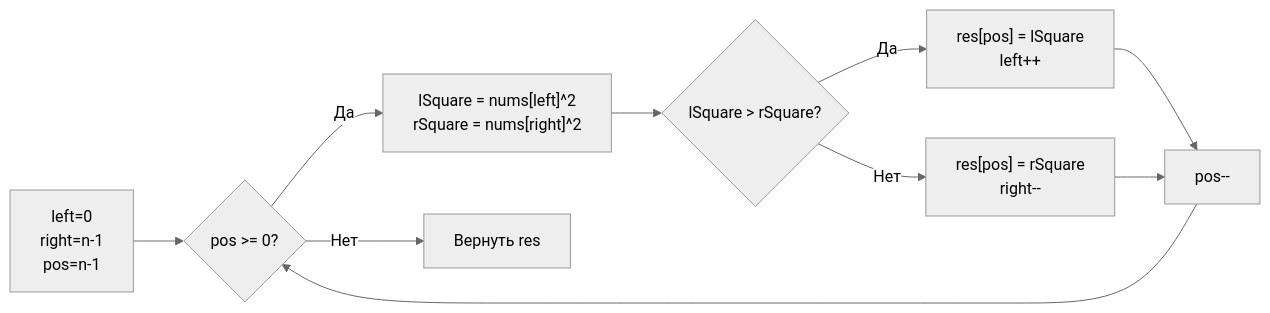
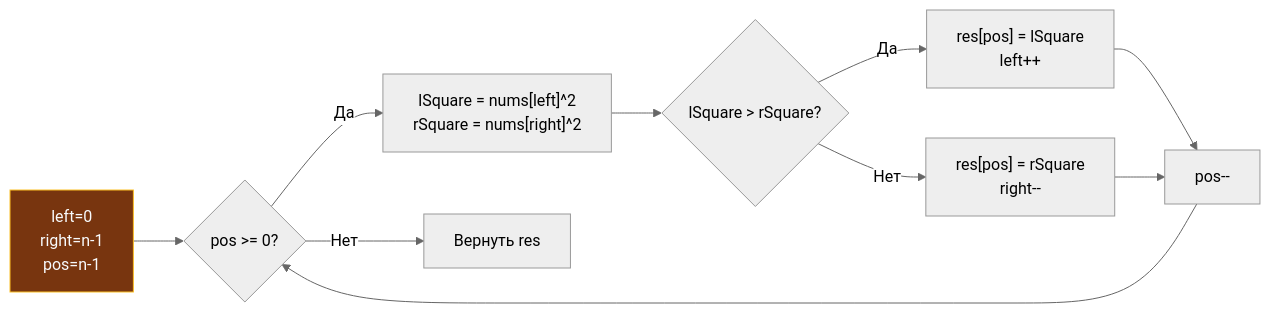
Before and after one commit to UnrealTemplier/go-textbook: the diagram in sources/21. Задачи с LeetCode и собеседований на Go/02. Задачи/02. Два указателя/9. Squares of Sorted Array.md, drawn with Mermaid (neutral theme). The commit also changed 1666 other files, not shown here.

First line of the commit message:
feat(mermaid): add semantic color classDef to 1369 colorless flowchart/graph diagrams

````diff
--- a/sources/21. Задачи с LeetCode и собеседований на Go/02. Задачи/02. Два указателя/9. Squares of Sorted Array.md
+++ b/sources/21. Задачи с LeetCode и собеседований на Go/02. Задачи/02. Два указателя/9. Squares of Sorted Array.md
@@ -67,12 +67,22 @@
 ```mermaid
 flowchart LR
-    A["left=0<br>right=n-1<br>pos=n-1"] --> B{"pos >= 0?"}
+    classDef process  fill:#1e293b,stroke:#38bdf8,stroke-width:1px,color:#f8fafc
+    classDef success  fill:#064e3b,stroke:#34d399,stroke-width:1px,color:#f8fafc
+    classDef error    fill:#7f1d1d,stroke:#f87171,stroke-width:1px,color:#f8fafc
+    classDef warning  fill:#78350f,stroke:#fbbf24,stroke-width:1px,color:#f8fafc
+    classDef entry    fill:#1e3a5f,stroke:#38bdf8,stroke-width:2px,color:#f8fafc
+    classDef aux      fill:#334155,stroke:#64748b,stroke-width:1px,color:#f8fafc
+    classDef system   fill:#312e81,stroke:#a78bfa,stroke-width:1px,color:#f8fafc
+    classDef data     fill:#132d29,stroke:#2dd4bf,stroke-width:1px,color:#f8fafc
+    classDef network  fill:#881337,stroke:#fb7185,stroke-width:1px,color:#f8fafc
+    classDef accent   fill:#1e1b4b,stroke:#818cf8,stroke-width:1px,color:#f8fafc
+    A["left=0<br>right=n-1<br>pos=n-1"]:::warning --> B{"pos >= 0?"}
     B -->|"Да"| C["lSquare = nums[left]^2<br>rSquare = nums[right]^2"]
     C --> D{"lSquare > rSquare?"}
     D -->|"Да"| E["res[pos] = lSquare<br>left++"]
     D -->|"Нет"| F["res[pos] = rSquare<br>right--"]
     E --> G["pos--"]
     F --> G
     G --> B
     B -->|"Нет"| H["Вернуть res"]
 ```
````
